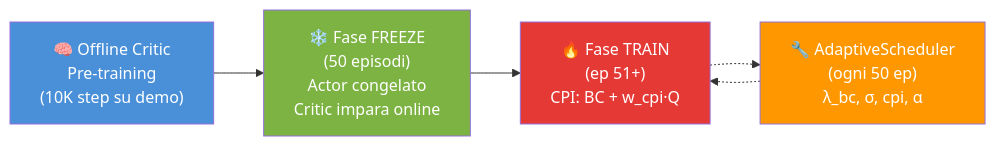
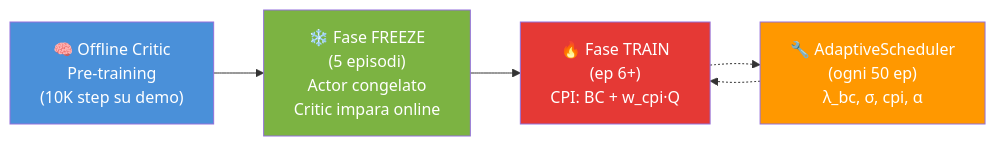
One commit to GT2DeathGun005/Iterative-Motors changed the second of 2 diagrams in README.md. Above: the diagram before and after it, drawn with Mermaid. The commit also changed other lines of this file and 1 other file, not shown here.

Commit message:
feat: implement mastery-based adaptive scheduling for SAC hyperparameters and reduce freeze phase duration

````diff
--- a/README.md
+++ b/README.md
@@ -261,11 +261,11 @@
 ```mermaid
 graph LR
-    A["🧠 Offline Critic\nPre-training\n(10K step su demo)"] --> B["❄️ Fase FREEZE\n(50 episodi)\nActor congelato\nCritic impara online"]
-    B --> C["🔥 Fase TRAIN\n(ep 51+)\nCPI: BC + w_cpi·Q"]
+    A["🧠 Offline Critic\nPre-training\n(10K step su demo)"] --> B["❄️ Fase FREEZE\n(5 episodi)\nActor congelato\nCritic impara online"]
+    B --> C["🔥 Fase TRAIN\n(ep 6+)\nCPI: BC + w_cpi·Q"]
     C -.-> D["🔧 AdaptiveScheduler\n(ogni 50 ep)\nλ_bc, σ, cpi, α"]
     D -.-> C
     style A fill:#4a90d9,color:#fff
     style B fill:#7cb342,color:#fff
     style C fill:#e53935,color:#fff
     style D fill:#ff9800,color:#fff
 ```
````
